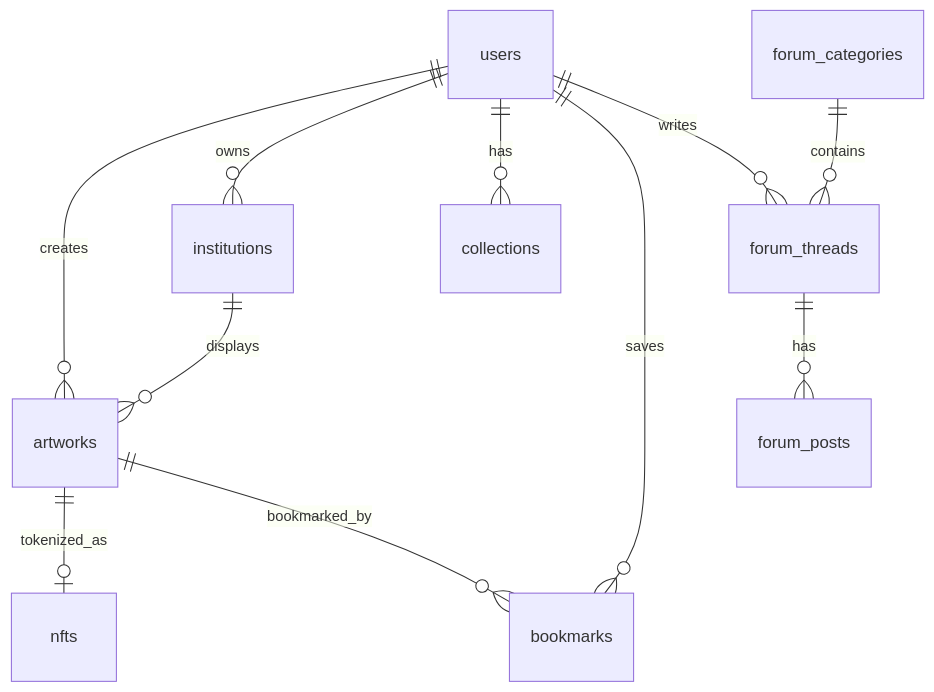
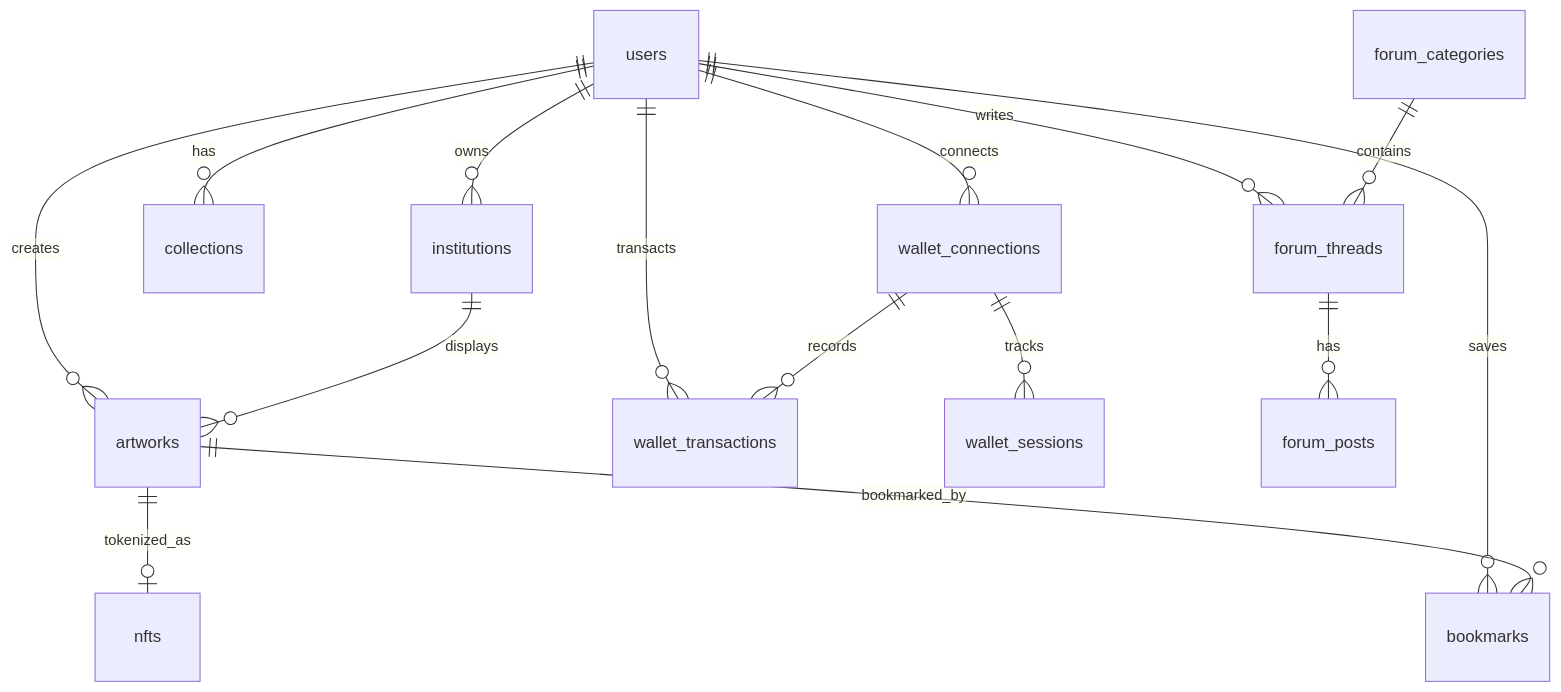
Before and after one commit to slzyoung/SeniQu: the third of 3 diagrams in doc/01-Architecture.md, drawn with Mermaid. The commit also changed other lines of this file and 55 other files, not shown here.

````diff
--- a/doc/01-Architecture.md
+++ b/doc/01-Architecture.md
@@ -203,15 +213,20 @@
 ```mermaid
 erDiagram
     users ||--o{ artworks : creates
     users ||--o{ institutions : owns
     users ||--o{ collections : has
     users ||--o{ bookmarks : saves
     users ||--o{ forum_threads : writes
+    users ||--o{ wallet_connections : connects
+    users ||--o{ wallet_transactions : transacts
+    
+    wallet_connections ||--o{ wallet_transactions : records
+    wallet_connections ||--o{ wallet_sessions : tracks
     
     institutions ||--o{ artworks : displays
     artworks ||--o| nfts : tokenized_as
     artworks ||--o{ bookmarks : bookmarked_by
     
     forum_categories ||--o{ forum_threads : contains
     forum_threads ||--o{ forum_posts : has
 ```
````
